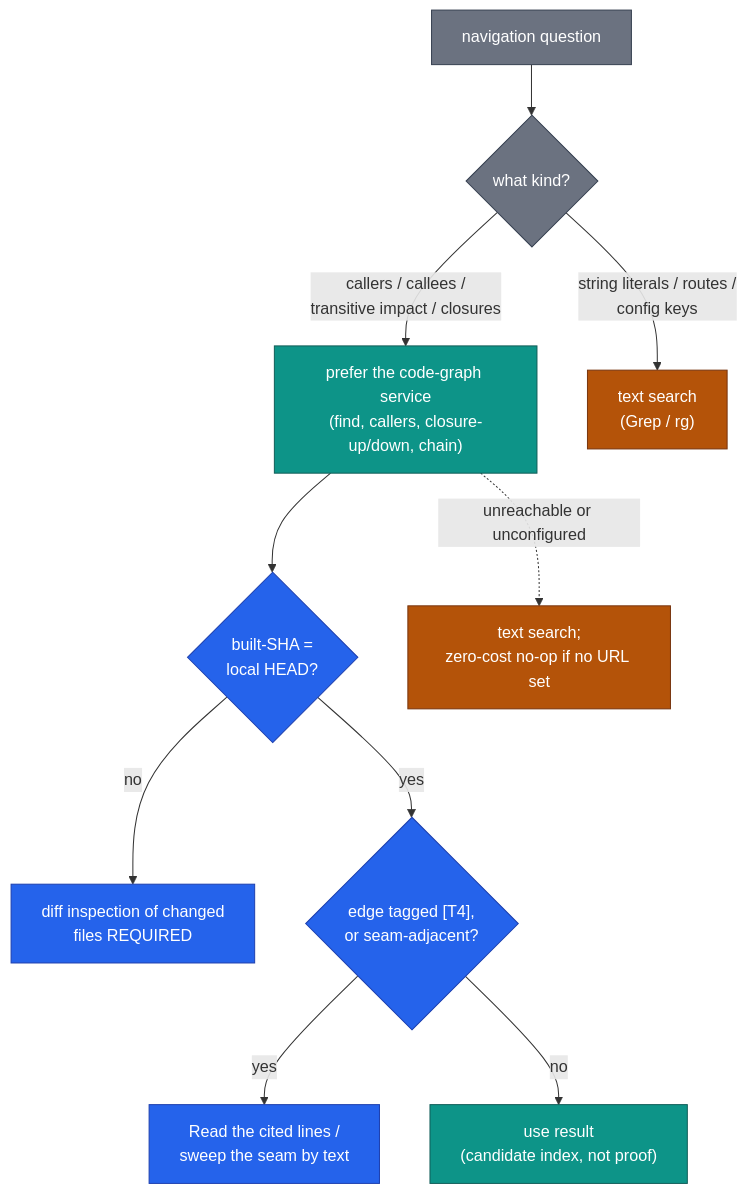
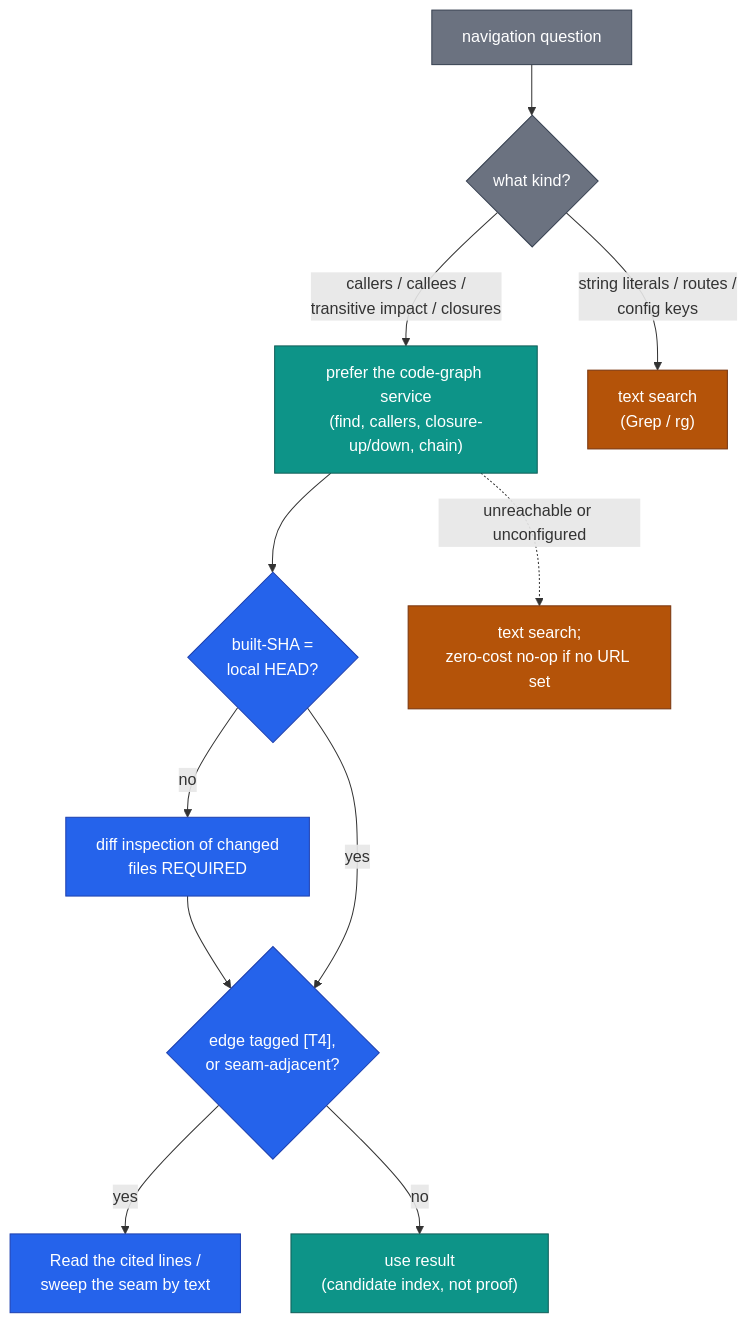
One commit to Tr3kkR/Yuzu changed the third of 3 diagrams in docs/adr/3006-central-code-graph-service.md. Above: the diagram before and after it, drawn with Mermaid. The commit also changed other lines of this file and 1 other file, not shown here.

````diff
--- a/docs/adr/3006-central-code-graph-service.md
+++ b/docs/adr/3006-central-code-graph-service.md
@@ -173,21 +179,22 @@
 ```mermaid
 flowchart TD
     Qn["navigation question"] --> K{"what kind?"}
     K -- "callers / callees /<br/>transitive impact / closures" --> G["prefer the code-graph service<br/>(find, callers, closure-up/down, chain)"]
     K -- "string literals / routes /<br/>config keys" --> T["text search<br/>(Grep / rg)"]
     G --> SHA{"built-SHA =<br/>local HEAD?"}
     SHA -- no --> D["diff inspection of changed<br/>files REQUIRED"]
+    D --> T4
     SHA -- yes --> T4{"edge tagged [T4],<br/>or seam-adjacent?"}
     T4 -- yes --> V["Read the cited lines /<br/>sweep the seam by text"]
     T4 -- no --> U["use result<br/>(candidate index, not proof)"]
     G -. "unreachable or unconfigured" .-> FB["text search;<br/>zero-cost no-op if no URL set"]
 
     classDef graphC fill:#0d9488,stroke:#115e59,color:#ffffff
     classDef textC fill:#b45309,stroke:#78350f,color:#ffffff
     classDef checkC fill:#2563eb,stroke:#1e40af,color:#ffffff
     classDef neutralC fill:#6b7280,stroke:#374151,color:#ffffff
     class G,U graphC
     class T,FB textC
     class SHA,D,T4,V checkC
     class Qn,K neutralC
 ```
````
